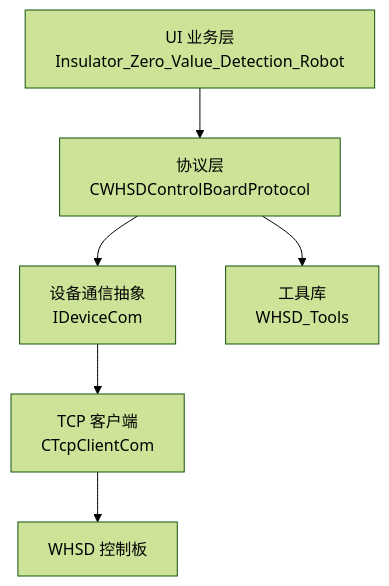
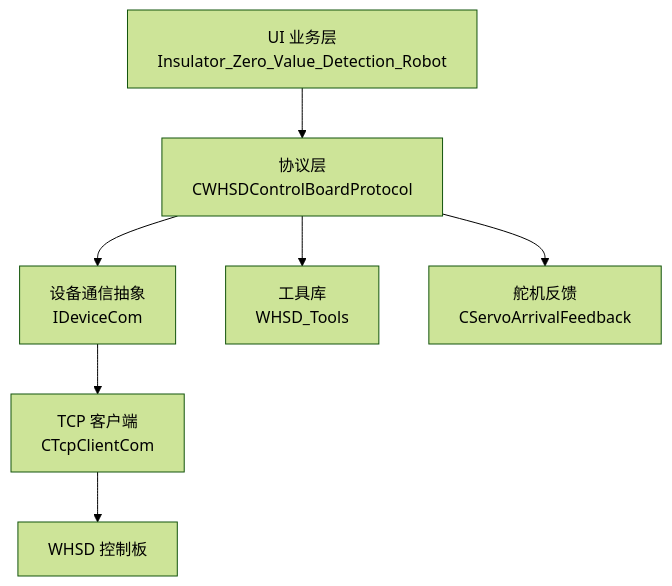
The first of 6 diagrams in .qoder/repowiki/zh/content/核心模块/协议处理模块.md (yangreest/Zero-value-Insulator-Robot-V2), drawn with Mermaid (forest theme) before and after one commit. The commit also changed other lines of this file and 4 other files, not shown here.

````diff
--- a/.qoder/repowiki/zh/content/核心模块/协议处理模块.md
+++ b/.qoder/repowiki/zh/content/核心模块/协议处理模块.md
@@ -39,8 +41,9 @@
 ```mermaid
 graph TB
 UI["UI 业务层<br/>Insulator_Zero_Value_Detection_Robot"] --> Proto["协议层<br/>CWHSDControlBoardProtocol"]
 Proto --> Com["设备通信抽象<br/>IDeviceCom"]
 Com --> TCP["TCP 客户端<br/>CTcpClientCom"]
 TCP --> Dev["WHSD 控制板"]
 Proto --> Tools["工具库<br/>WHSD_Tools"]
+Proto --> Servo["舵机反馈<br/>CServoArrivalFeedback"]
 ```
````
